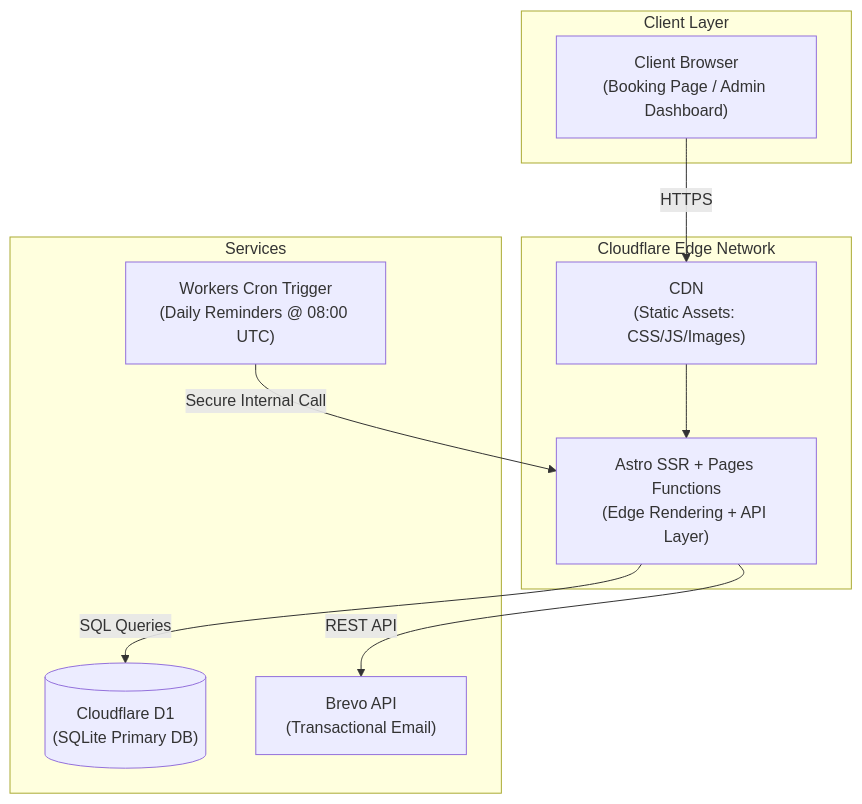
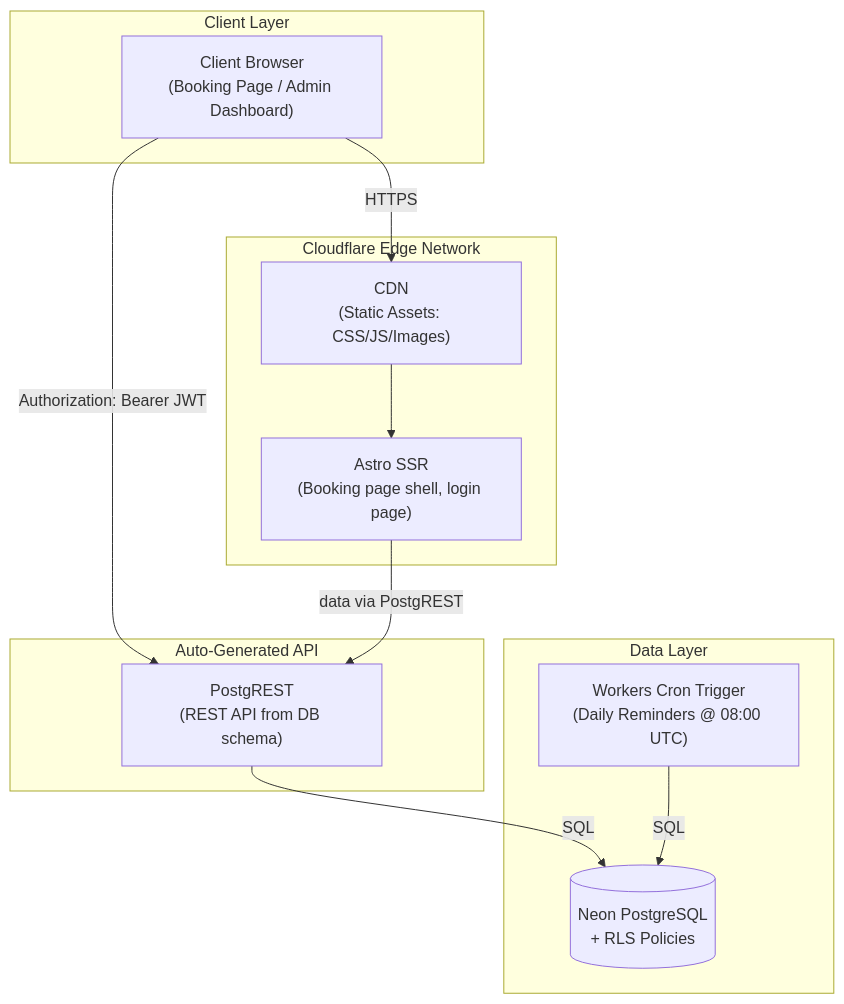
One commit to SASS-Killers/OpenSchedule changed the first of 6 diagrams in prd/system-design.md. Above: the diagram before and after it, drawn with Mermaid. The commit also changed other lines of this file and 26 other files, not shown here.

````diff
--- a/prd/system-design.md
+++ b/prd/system-design.md
@@ -134,23 +133,27 @@
 ```mermaid
 graph TB
     subgraph Client["Client Layer"]
         Browser["Client Browser<br/>(Booking Page / Admin Dashboard)"]
     end
 
     subgraph Cloudflare["Cloudflare Edge Network"]
         CDN["CDN<br/>(Static Assets: CSS/JS/Images)"]
-        SSR["Astro SSR + Pages Functions<br/>(Edge Rendering + API Layer)"]
+        SSR["Astro SSR<br/>(Booking page shell, login page)"]
         CDN --> SSR
     end
 
-    subgraph Services["Services"]
-        D1[("Cloudflare D1<br/>(SQLite Primary DB)")]
-        Brevo["Brevo API<br/>(Transactional Email)"]
+    subgraph API["Auto-Generated API"]
+        PGRST["PostgREST<br/>(REST API from DB schema)"]
+    end
+
+    subgraph Data["Data Layer"]
+        PG[("Neon PostgreSQL<br/>+ RLS Policies")]
         Cron["Workers Cron Trigger<br/>(Daily Reminders @ 08:00 UTC)"]
     end
 
     Browser -- "HTTPS" --> CDN
-    SSR -- "SQL Queries" --> D1
-    SSR -- "REST API" --> Brevo
-    Cron -- "Secure Internal Call" --> SSR
+    Browser -- "Authorization: Bearer JWT" --> PGRST
+    PGRST -- "SQL" --> PG
+    SSR -- "data via PostgREST" --> PGRST
+    Cron -- "SQL" --> PG
 ```
````
